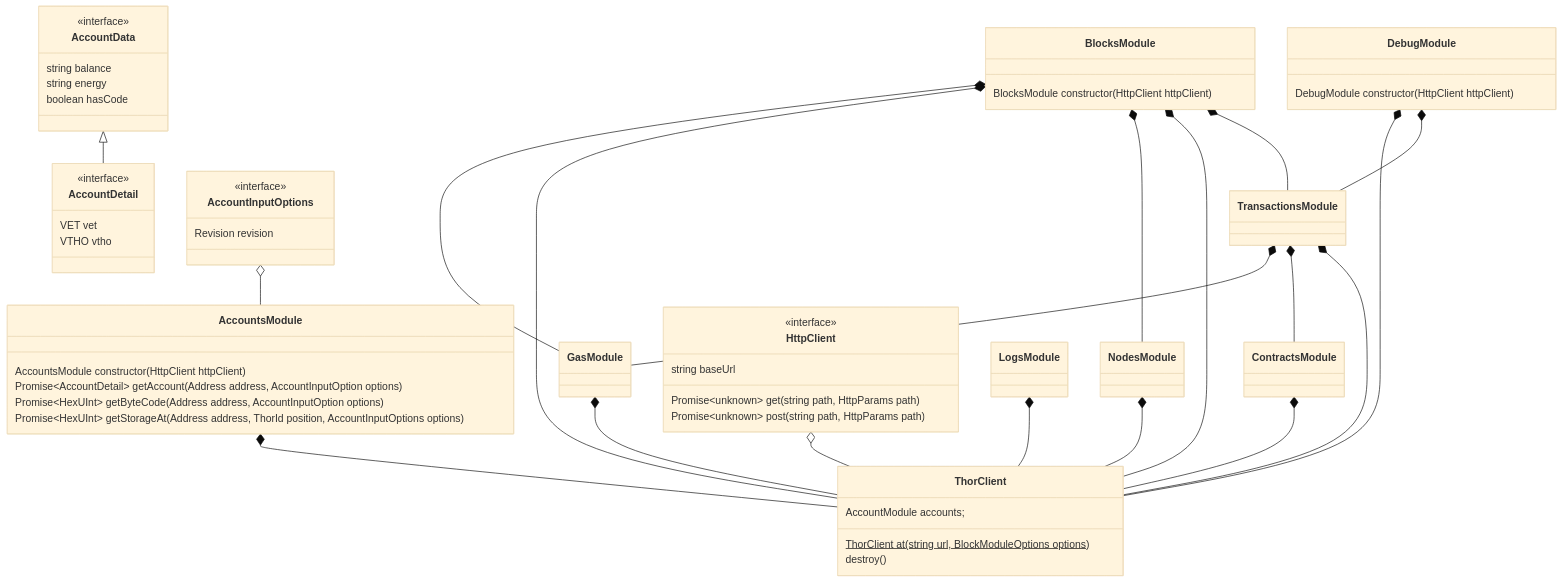
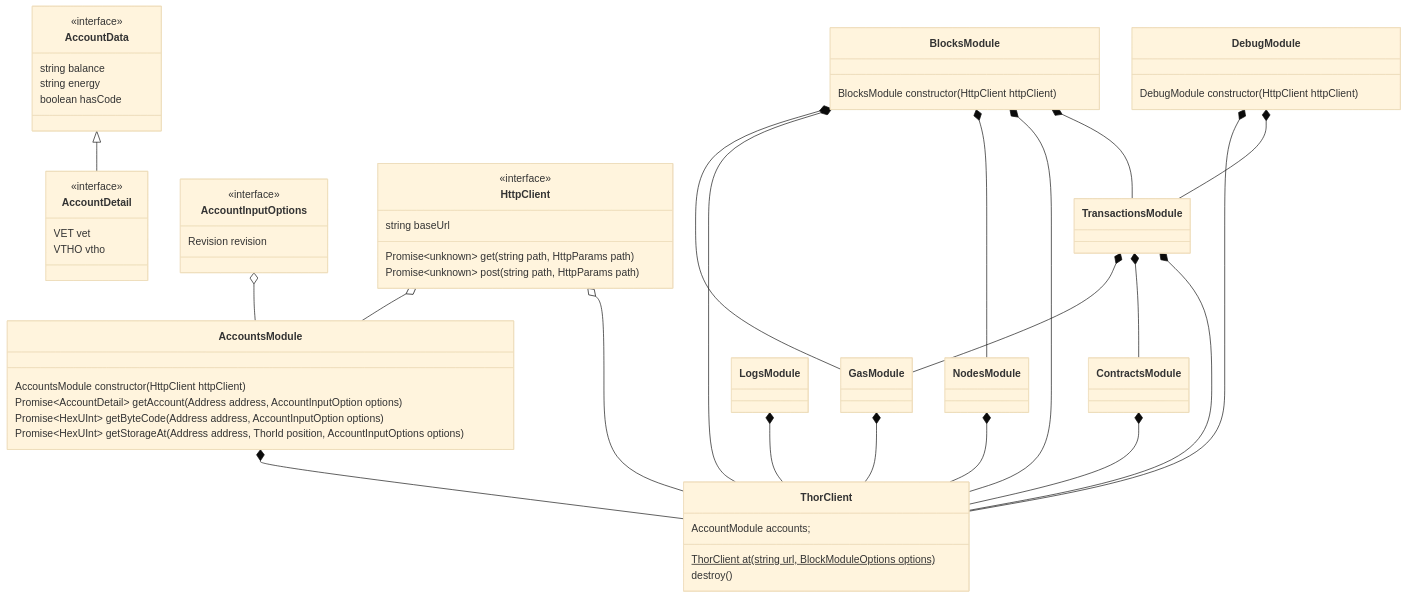
The diagram in docs/diagrams/architecture/network.md (vechain/vechain-sdk-js), drawn with Mermaid (base theme) before and after one commit.

Commit message:
feat: 1450 accounts module refactoring

````diff
--- a/docs/diagrams/architecture/network.md
+++ b/docs/diagrams/architecture/network.md
@@ -1,69 +1,70 @@
 ```mermaid
 classDiagram
     class AccountData {
         <<interface>>
         string balance
         string energy
         boolean hasCode
     }
     class AccountDetail {
         <<interface>>
         VET vet
         VTHO vtho
     }
     class AccountInputOptions {
         <<interface>>
         Revision revision
     }
     class AccountsModule {
         AccountsModule constructor(HttpClient httpClient)
         Promise~AccountDetail~ getAccount(Address address, AccountInputOption options)
         Promise~HexUInt~ getByteCode(Address address, AccountInputOption options)
         Promise~HexUInt~ getStorageAt(Address address, ThorId position, AccountInputOptions options)
     }
     class BlocksModule {
         BlocksModule constructor(HttpClient httpClient)
     }
     class ContractsModule {
     }
     class DebugModule {
         DebugModule constructor(HttpClient httpClient)
     }
     class GasModule {
     }
     class HttpClient {
         <<interface>>
         string baseUrl
         Promise~unknown~ get(string path, HttpParams path)
         Promise~unknown~ post(string path, HttpParams path)
     }
     class LogsModule {
     }
     class NodesModule {
     }
     class ThorClient {
         AccountModule accounts;
         ThorClient at(string url, BlockModuleOptions options)$
         destroy()
     }
     class TransactionsModule {
     }
     AccountData <|-- AccountDetail
     AccountInputOptions o-- AccountsModule
     AccountsModule *-- ThorClient
     BlocksModule *-- GasModule
     BlocksModule *-- ThorClient
     BlocksModule *-- NodesModule
     BlocksModule *-- ThorClient
     BlocksModule *-- TransactionsModule
     ContractsModule *-- ThorClient
     DebugModule *-- ThorClient
     DebugModule *-- TransactionsModule
     GasModule *-- ThorClient
+    HttpClient o-- AccountsModule
     HttpClient o-- ThorClient
     LogsModule *-- ThorClient
     NodesModule *-- ThorClient
     TransactionsModule *-- GasModule
     TransactionsModule *-- ContractsModule
     TransactionsModule *-- ThorClient
 ```
````
